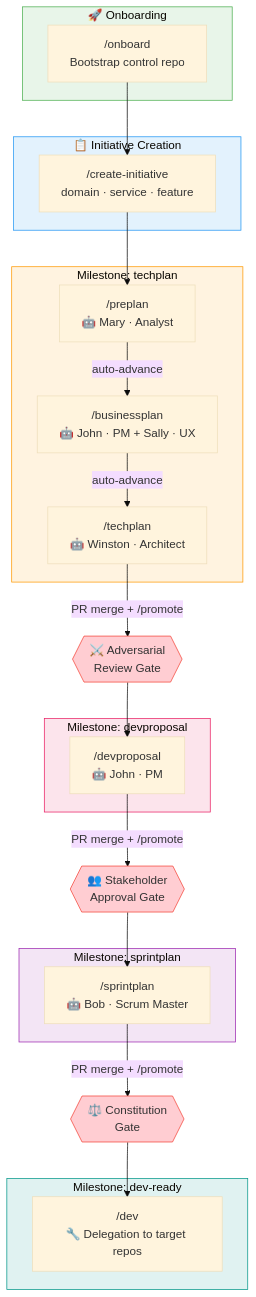
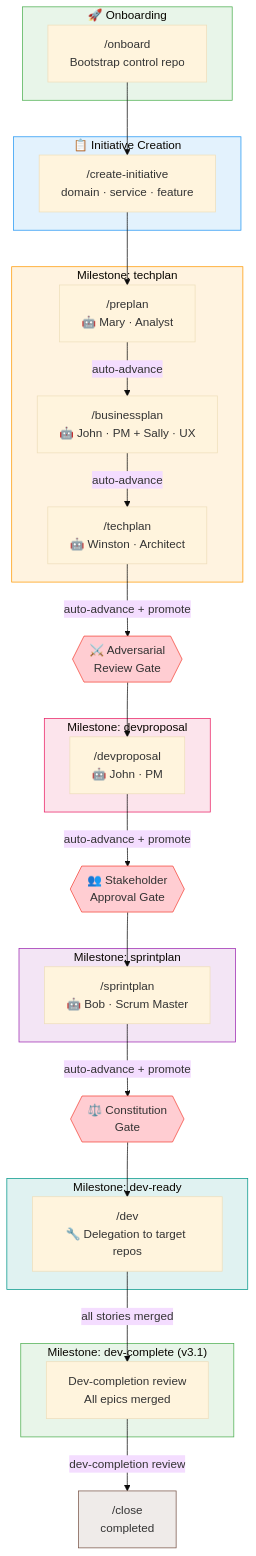
Before and after one commit to crisweber2600/bmad.lens.src: the first of 14 diagrams in _bmad/lens-work/docs/lifecycle-visual-guide.md, drawn with Mermaid (base theme). The commit also changed other lines of this file and 19 other files, not shown here.

````diff
--- a/_bmad/lens-work/docs/lifecycle-visual-guide.md
+++ b/_bmad/lens-work/docs/lifecycle-visual-guide.md
@@ -28,49 +28,57 @@
 ```mermaid
 flowchart TB
     subgraph ONBOARD["🚀 Onboarding"]
         OB["/onboard<br/>Bootstrap control repo"]
     end
 
     subgraph INIT["📋 Initiative Creation"]
         NI["/create-initiative<br/>domain · service · feature"]
     end
 
     subgraph TECHPLAN_MS["Milestone: techplan"]
         PP["/preplan<br/>🤖 Mary · Analyst"]
         BP["/businessplan<br/>🤖 John · PM + Sally · UX"]
         TP["/techplan<br/>🤖 Winston · Architect"]
     end
 
     subgraph DEVPROPOSAL_MS["Milestone: devproposal"]
         DP["/devproposal<br/>🤖 John · PM"]
     end
 
     subgraph SPRINTPLAN_MS["Milestone: sprintplan"]
         SP["/sprintplan<br/>🤖 Bob · Scrum Master"]
     end
 
     subgraph DEVREADY["Milestone: dev-ready"]
         DV["/dev<br/>🔧 Delegation to target repos"]
     end
 
+    subgraph DEVCOMPLETE["Milestone: dev-complete (v3.1)"]
+        DC["Dev-completion review<br/>All epics merged"]
+    end
+
     OB --> NI
     NI --> PP
     PP -->|"auto-advance"| BP
     BP -->|"auto-advance"| TP
-    TP -->|"PR merge + /promote"| GATE1{{"⚔️ Adversarial<br/>Review Gate"}}
+    TP -->|"auto-advance + promote"| GATE1{{"⚔️ Adversarial<br/>Review Gate"}}
     GATE1 --> DP
-    DP -->|"PR merge + /promote"| GATE2{{"👥 Stakeholder<br/>Approval Gate"}}
+    DP -->|"auto-advance + promote"| GATE2{{"👥 Stakeholder<br/>Approval Gate"}}
     GATE2 --> SP
-    SP -->|"PR merge + /promote"| GATE3{{"⚖️ Constitution<br/>Gate"}}
+    SP -->|"auto-advance + promote"| GATE3{{"⚖️ Constitution<br/>Gate"}}
     GATE3 --> DV
+    DV -->|"all stories merged"| DC
+    DC -->|"dev-completion review"| CLOSE["/close<br/>completed"]
 
     style ONBOARD fill:#e8f5e9,stroke:#4caf50
     style INIT fill:#e3f2fd,stroke:#2196f3
     style TECHPLAN_MS fill:#fff3e0,stroke:#ff9800
     style DEVPROPOSAL_MS fill:#fce4ec,stroke:#e91e63
     style SPRINTPLAN_MS fill:#f3e5f5,stroke:#9c27b0
     style DEVREADY fill:#e0f2f1,stroke:#009688
+    style DEVCOMPLETE fill:#e8f5e9,stroke:#4caf50
+    style CLOSE fill:#efebe9,stroke:#795548
     style GATE1 fill:#ffcdd2,stroke:#f44336
     style GATE2 fill:#ffcdd2,stroke:#f44336
     style GATE3 fill:#ffcdd2,stroke:#f44336
 ```
````
